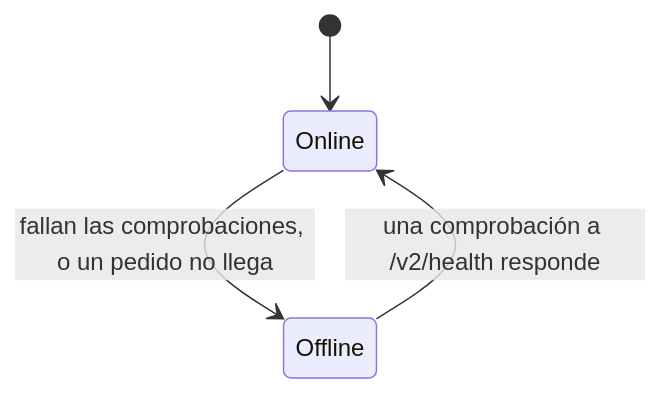
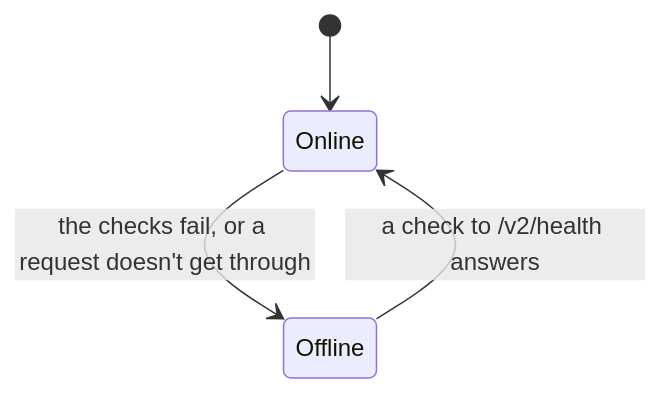
The second of 5 diagrams in docs/how-it-works/offline_contributions.md (hotosm/chatmap), drawn with Mermaid before and after one commit. The commit also changed other lines of this file and 8 other files, not shown here.

````diff
--- a/docs/how-it-works/offline_contributions.md
+++ b/docs/how-it-works/offline_contributions.md
@@ -94,6 +96,6 @@
 ```mermaid
 stateDiagram-v2
     [*] --> Online
-    Online --> Offline: fallan las comprobaciones, o un pedido no llega
-    Offline --> Online: una comprobación a /v2/health responde
+    Online --> Offline: the checks fail, or a request doesn't get through
+    Offline --> Online: a check to /v2/health answers
 ```
````
